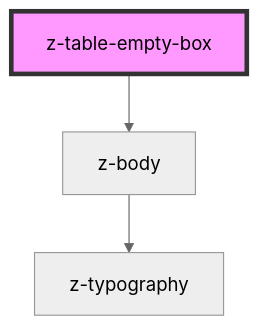
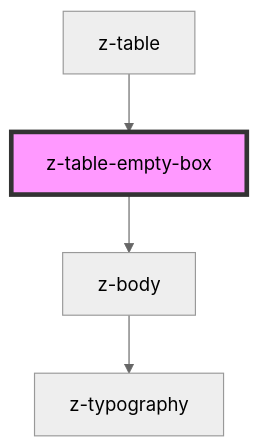
The diagram in src/components/z-table/z-table-empty-box/readme.md (ZanichelliEditore/design-system), drawn with Mermaid (neutral theme) before and after one commit. The commit also changed other lines of this file and 14 other files, not shown here.

````diff
--- a/src/components/z-table/z-table-empty-box/readme.md
+++ b/src/components/z-table/z-table-empty-box/readme.md
@@ -21,6 +25,7 @@
 ```mermaid
 graph TD;
   z-table-empty-box --> z-body
   z-body --> z-typography
+  z-table --> z-table-empty-box
   style z-table-empty-box fill:#f9f,stroke:#333,stroke-width:4px
 ```
````
